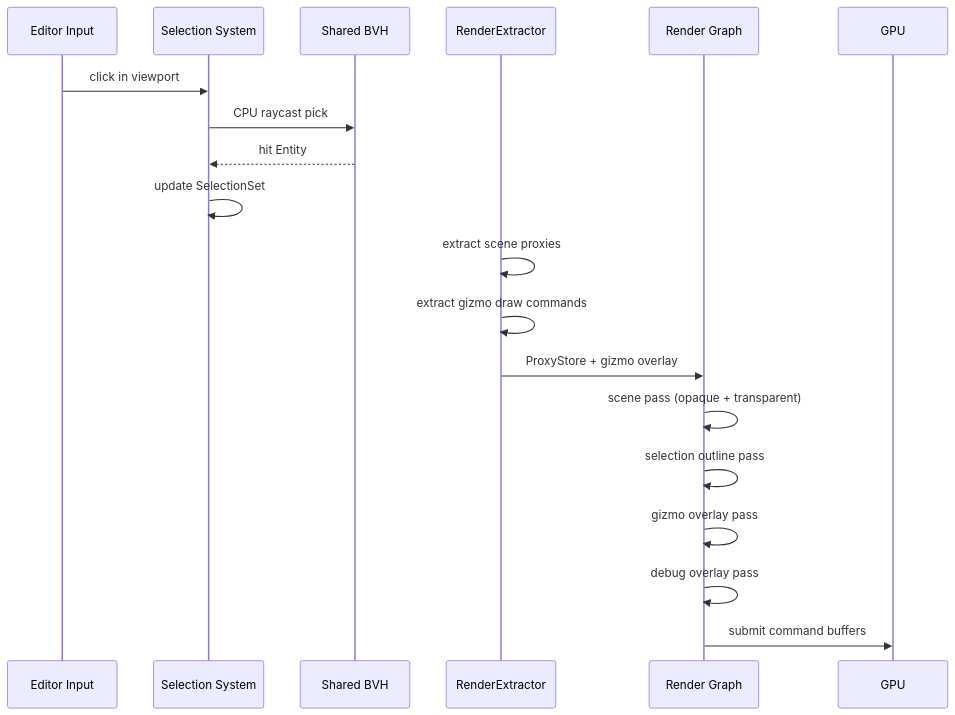
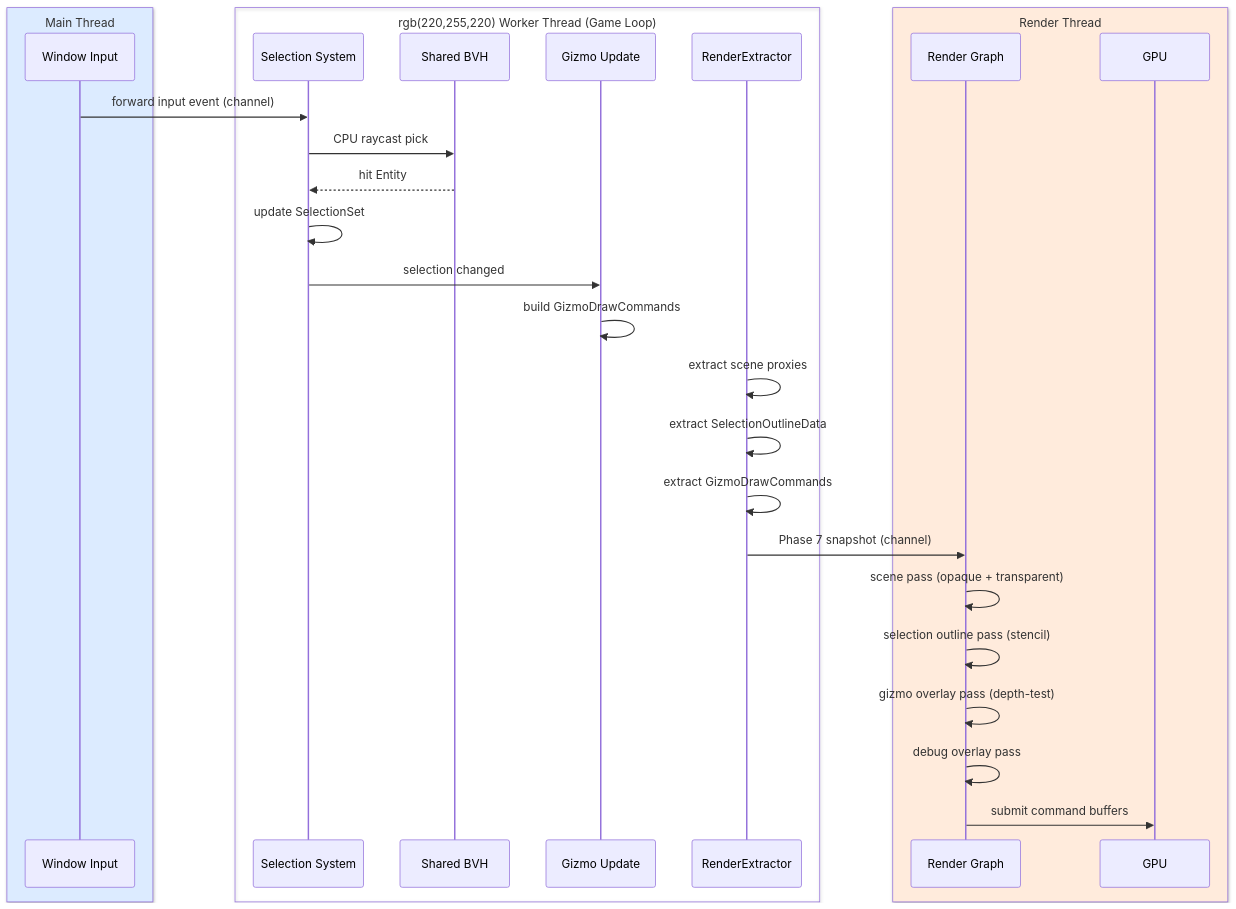
Before and after one commit to harmonius-dev/harmonius: the diagram in docs/design/integration/editor-rendering.md, drawn with Mermaid. The commit also changed other lines of this file and 57 other files, not shown here.

````diff
--- a/docs/design/integration/editor-rendering.md
+++ b/docs/design/integration/editor-rendering.md
@@ -70,22 +134,32 @@
 ```mermaid
 sequenceDiagram
-    participant ED as Editor Input
-    participant SEL as Selection System
-    participant BVH as Shared BVH
-    participant EXT as RenderExtractor
-    participant RG as Render Graph
-    participant GPU as GPU
+    box rgb(220,235,255) Main Thread
+        participant WIN as Window Input
+    end
+    box rgb(220,255,220) Worker Thread (Game Loop)
+        participant SEL as Selection System
+        participant BVH as Shared BVH
+        participant GIZ as Gizmo Update
+        participant EXT as RenderExtractor
+    end
+    box rgb(255,235,220) Render Thread
+        participant RG as Render Graph
+        participant GPU as GPU
+    end
 
-    ED->>SEL: click in viewport
+    WIN->>SEL: forward input event (channel)
     SEL->>BVH: CPU raycast pick
     BVH-->>SEL: hit Entity
     SEL->>SEL: update SelectionSet
+    SEL->>GIZ: selection changed
+    GIZ->>GIZ: build GizmoDrawCommands
     EXT->>EXT: extract scene proxies
-    EXT->>EXT: extract gizmo draw commands
-    EXT->>RG: ProxyStore + gizmo overlay
+    EXT->>EXT: extract SelectionOutlineData
+    EXT->>EXT: extract GizmoDrawCommands
+    EXT->>RG: Phase 7 snapshot (channel)
     RG->>RG: scene pass (opaque + transparent)
-    RG->>RG: selection outline pass
-    RG->>RG: gizmo overlay pass
+    RG->>RG: selection outline pass (stencil)
+    RG->>RG: gizmo overlay pass (depth-test)
     RG->>RG: debug overlay pass
     RG->>GPU: submit command buffers
 ```
````
